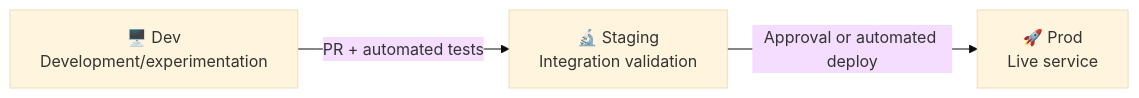
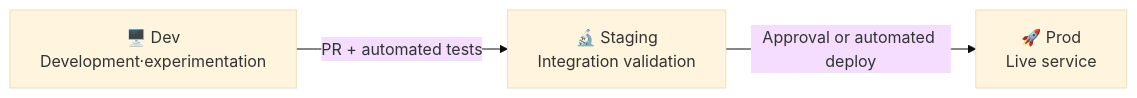
One commit to cloudpickr/cloudpick-docs changed the diagram in src/content/docs/en/devops/cicd.md. Above: the diagram before and after it, drawn with Mermaid (base theme). The commit also changed 29 other files, not shown here.

First line of the commit message:
fix: Mermaid 전수조사 — 노드 라벨 슬래시 13건 수정 (ko/en/ja)

````diff
--- a/src/content/docs/en/devops/cicd.md
+++ b/src/content/docs/en/devops/cicd.md
@@ -35,9 +35,9 @@
 ```mermaid
 flowchart LR
-    D[🖥️ Dev\nDevelopment/experimentation]
+    D[🖥️ Dev\nDevelopment·experimentation]
     S[🔬 Staging\nIntegration validation]
     P[🚀 Prod\nLive service]
 
     D -->|PR + automated tests| S
     S -->|Approval or automated deploy| P
 ```
````
